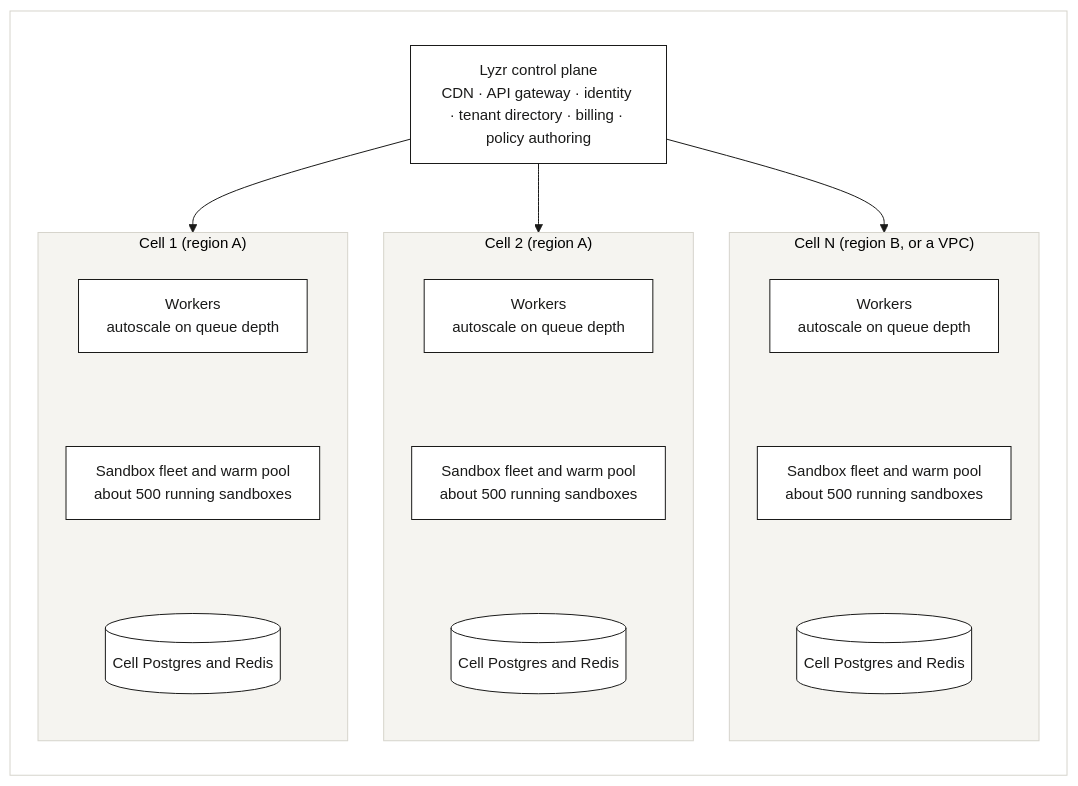
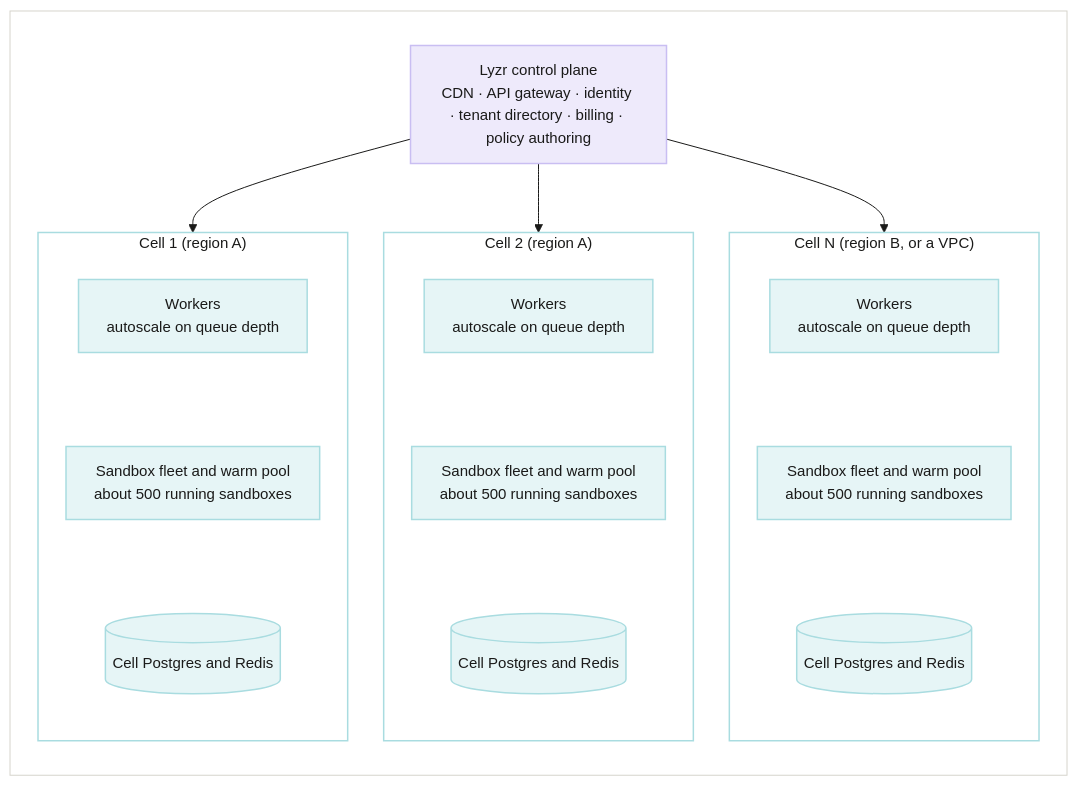
One commit to netanyaj/architect-2 changed the diagram in docs/product/diagrams/src/A6-scaling-cells.mmd. Above: the diagram before and after it, drawn with Mermaid. The commit also changed 32 other files, not shown here.

```diff
--- a/docs/product/diagrams/src/A6-scaling-cells.mmd
+++ b/docs/product/diagrams/src/A6-scaling-cells.mmd
@@ -1,32 +1,43 @@
-%%{init: {"theme":"base","themeVariables":{"fontFamily":"Arial","fontSize":"15px","primaryColor":"#FFFFFF","primaryBorderColor":"#1A1A19","primaryTextColor":"#1A1A19","lineColor":"#1A1A19","secondaryColor":"#FFFFFF","tertiaryColor":"#FFFFFF","clusterBkg":"#F5F4F0","clusterBorder":"#D6D4CC","edgeLabelBackground":"#FFFFFF","actorBkg":"#FFFFFF","actorBorder":"#1A1A19","actorTextColor":"#1A1A19","actorLineColor":"#A8A69F","signalColor":"#1A1A19","signalTextColor":"#1A1A19","noteBkgColor":"#F5F4F0","noteBorderColor":"#D6D4CC","noteTextColor":"#42413D","labelBoxBkgColor":"#FFFFFF","labelBoxBorderColor":"#1A1A19","labelTextColor":"#1A1A19","loopTextColor":"#1A1A19","activationBkgColor":"#F5F4F0","activationBorderColor":"#1A1A19","sequenceNumberColor":"#FFFFFF"},"flowchart":{"curve":"basis","padding":14,"nodeSpacing":36,"rankSpacing":44}}}%%
+%%{init: {"theme":"base","themeVariables":{"fontFamily":"Arial","fontSize":"15px","primaryColor":"#FFFFFF","primaryBorderColor":"#1A1A19","primaryTextColor":"#1A1A19","lineColor":"#1A1A19","secondaryColor":"#FFFFFF","tertiaryColor":"#FFFFFF","clusterBkg":"#FFFFFF","clusterBorder":"#D6D4CC","edgeLabelBackground":"#FFFFFF","actorBkg":"#FFFFFF","actorBorder":"#1A1A19","actorTextColor":"#1A1A19","actorLineColor":"#A8A69F","signalColor":"#1A1A19","signalTextColor":"#1A1A19","noteBkgColor":"#FFFFFF","noteBorderColor":"#D6D4CC","noteTextColor":"#1A1A19","labelBoxBkgColor":"#FFFFFF","labelBoxBorderColor":"#1A1A19","labelTextColor":"#1A1A19","loopTextColor":"#1A1A19","activationBkgColor":"#F5F4F0","activationBorderColor":"#1A1A19","sequenceNumberColor":"#FFFFFF","textColor":"#1A1A19","titleColor":"#1A1A19","nodeTextColor":"#1A1A19"},"flowchart":{"curve":"basis","padding":14,"nodeSpacing":36,"rankSpacing":44}}}%%
 flowchart TB
   %% A white card, so ink lines read on GitHub's dark theme too
   subgraph CARD[" "]
     direction TB
     G["Lyzr control plane<br/>CDN · API gateway · identity · tenant directory · billing · policy authoring"]
     subgraph C3["Cell N (region B, or a VPC)"]
       direction TB
       w3["Workers<br/>autoscale on queue depth"]
       s3["Sandbox fleet and warm pool<br/>about 500 running sandboxes"]
       r3[("Cell Postgres and Redis")]
     end
     subgraph C2["Cell 2 (region A)"]
       direction TB
       w2["Workers<br/>autoscale on queue depth"]
       s2["Sandbox fleet and warm pool<br/>about 500 running sandboxes"]
       r2[("Cell Postgres and Redis")]
     end
     subgraph C1["Cell 1 (region A)"]
       direction TB
       w1["Workers<br/>autoscale on queue depth"]
       s1["Sandbox fleet and warm pool<br/>about 500 running sandboxes"]
       r1[("Cell Postgres and Redis")]
     end
     w1 ~~~ s1 ~~~ r1
     w2 ~~~ s2 ~~~ r2
     w3 ~~~ s3 ~~~ r3
     G --> C1
     G --> C2
     G --> C3
   end
-  style CARD fill:#FFFFFF,stroke:#D6D4CC
+  classDef people fill:#FFFFFF,stroke:#D6D4CC,stroke-width:1.5px,color:#1A1A19
+  classDef control fill:#EEEAFB,stroke:#C9BEF2,stroke-width:1.5px,color:#1A1A19
+  classDef cell fill:#E6F5F6,stroke:#A9DCE0,stroke-width:1.5px,color:#1A1A19
+  classDef studio fill:#E8F1E6,stroke:#B7D3B0,stroke-width:1.5px,color:#1A1A19
+  classDef outside fill:#F1F0EC,stroke:#D6D4CC,stroke-width:1.5px,color:#1A1A19
+  classDef approval fill:#F0EAFA,stroke:#6236AD,stroke-width:1.5px,color:#1A1A19
+  class G control
+  class w1,s1,r1,w2,s2,r2,w3,s3,r3 cell
+  style C1 fill:#FFFFFF,stroke:#A9DCE0,stroke-width:1.5px,color:#1A1A19
+  style C2 fill:#FFFFFF,stroke:#A9DCE0,stroke-width:1.5px,color:#1A1A19
+  style C3 fill:#FFFFFF,stroke:#A9DCE0,stroke-width:1.5px,color:#1A1A19
+  style CARD fill:#FFFFFF,stroke:#D6D4CC,color:#1A1A19
```
